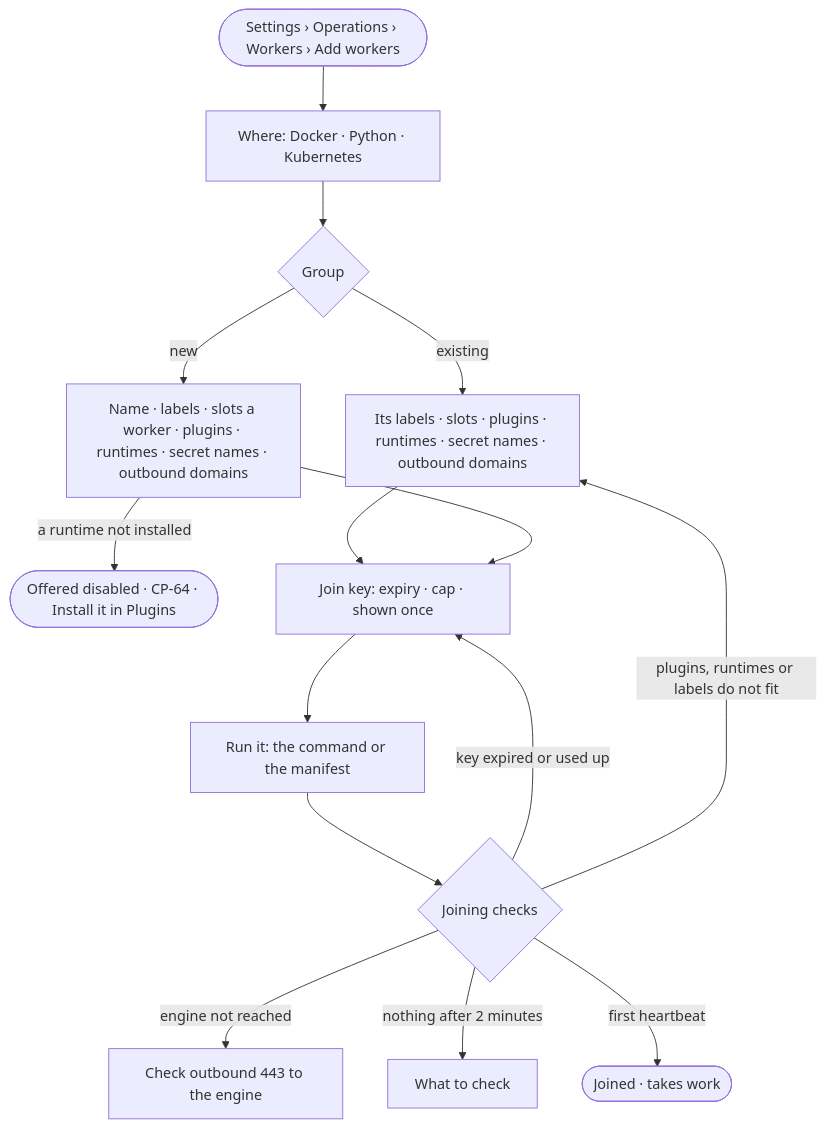
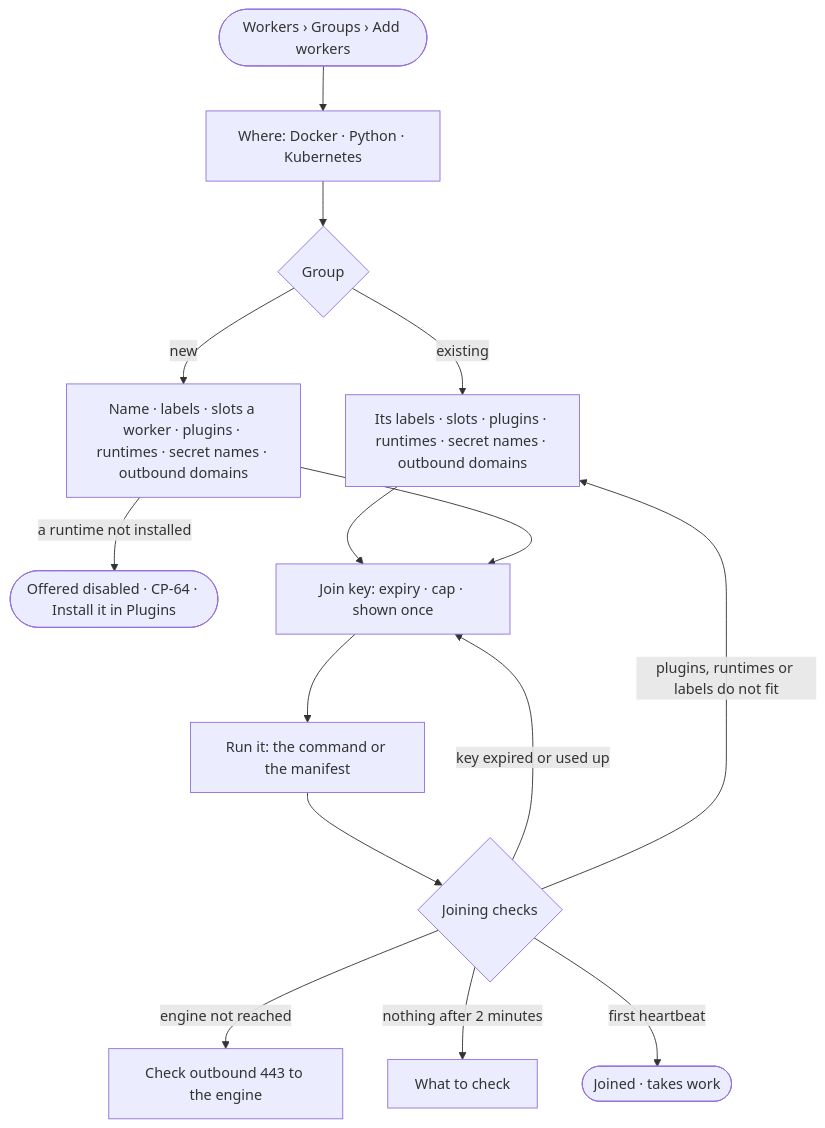
Before and after one commit to invana/invana: the diagram in specs/os/control/features/CP-F03-workers-and-the-queue/stories/CP-10-add-workers-on-my-own-machines-with-one-command/story.md, drawn with Mermaid. The commit also changed 133 other files, not shown here.

````diff
--- a/specs/os/control/features/CP-F03-workers-and-the-queue/stories/CP-10-add-workers-on-my-own-machines-with-one-command/story.md
+++ b/specs/os/control/features/CP-F03-workers-and-the-queue/stories/CP-10-add-workers-on-my-own-machines-with-one-command/story.md
@@ -26,17 +26,17 @@
 ```mermaid
 flowchart TD
-  s([Settings › Operations › Workers › Add workers]) --> wh["Where: Docker · Python · Kubernetes"]
+  s([Workers › Groups › Add workers]) --> wh["Where: Docker · Python · Kubernetes"]
   wh --> g{"Group"}
   g -->|existing| ge["Its labels · slots · plugins · runtimes · secret names · outbound domains"]
   g -->|new| gn["Name · labels · slots a worker · plugins · runtimes · secret names · outbound domains"]
   gn -->|a runtime not installed| ri(["Offered disabled · CP-64 · Install it in Plugins"])
   ge --> k["Join key: expiry · cap · shown once"]
   gn --> k
   k --> run["Run it: the command or the manifest"]
   run --> chk{"Joining checks"}
   chk -->|key expired or used up| k
   chk -->|engine not reached| net["Check outbound 443 to the engine"]
   chk -->|plugins, runtimes or labels do not fit| ge
   chk -->|nothing after 2 minutes| cl["What to check"]
   chk -->|first heartbeat| j(["Joined · takes work"])
 ```
````
